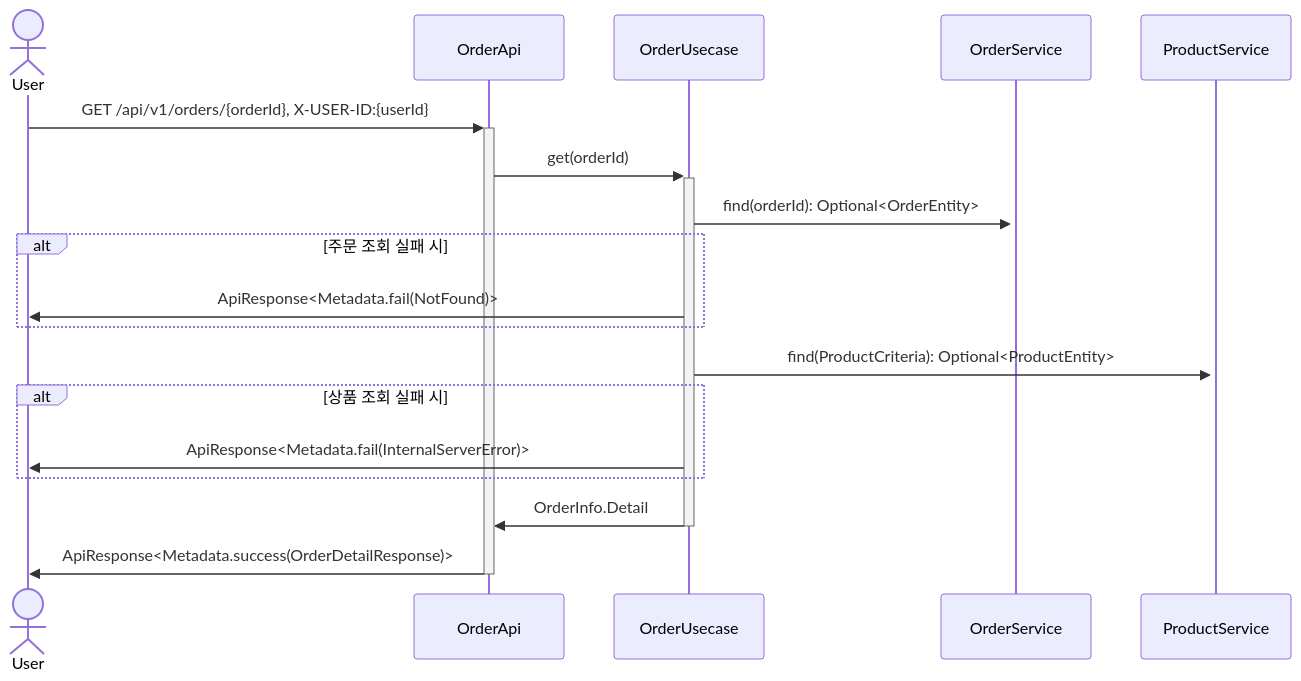
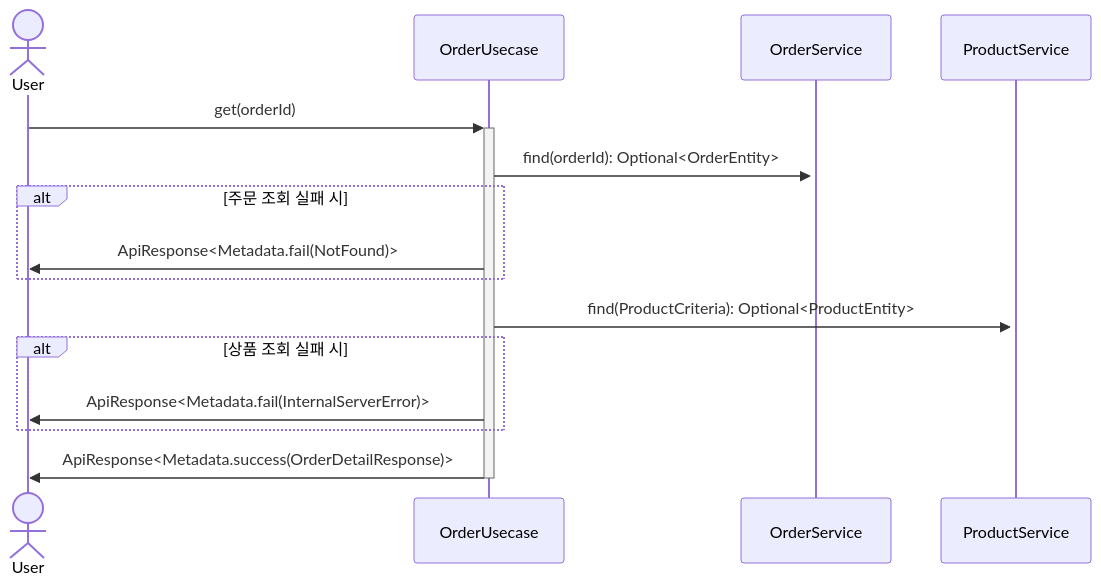
The tenth of 10 diagrams in docs/design/02-sequence-diagrams.md (Iol-lshh/loopers_be_practice_byjava), drawn with Mermaid before and after one commit. The commit also changed other lines of this file and 70 other files, not shown here.

````diff
--- a/docs/design/02-sequence-diagrams.md
+++ b/docs/design/02-sequence-diagrams.md
@@ -186,16 +184,14 @@
 ```mermaid
 sequenceDiagram
     actor User
-    User->>+OrderApi: GET /api/v1/orders/{orderId}, X-USER-ID:{userId}
-    OrderApi->>+OrderUsecase: get(orderId)
+    User->>+OrderUsecase: get(orderId)
     OrderUsecase->>+OrderService: find(orderId): Optional<OrderEntity>
     alt 주문 조회 실패 시
         OrderUsecase->>User: ApiResponse<Metadata.fail(NotFound)>
     end
     OrderUsecase->>+ProductService: find(ProductCriteria): Optional<ProductEntity>
     alt 상품 조회 실패 시
         OrderUsecase->>User: ApiResponse<Metadata.fail(InternalServerError)>
     end
-    OrderUsecase->>-OrderApi: OrderInfo.Detail
-    OrderApi->>-User: ApiResponse<Metadata.success(OrderDetailResponse)> 
+    OrderUsecase->>-User: ApiResponse<Metadata.success(OrderDetailResponse)> 
 ```
````
